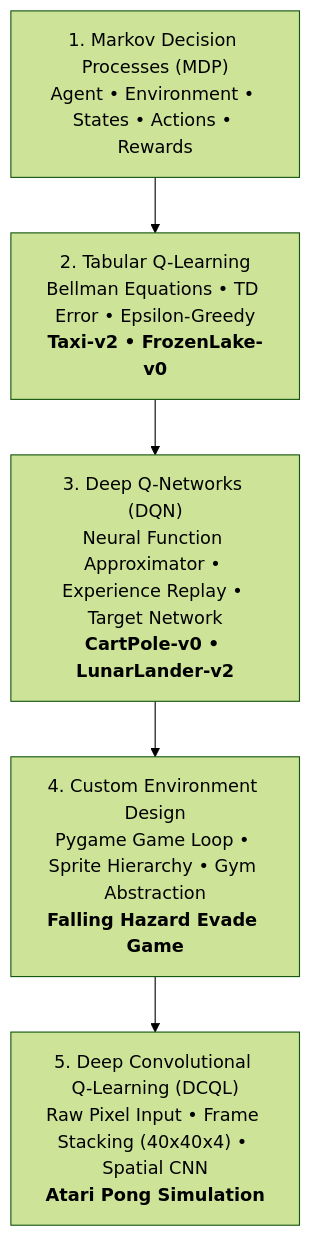
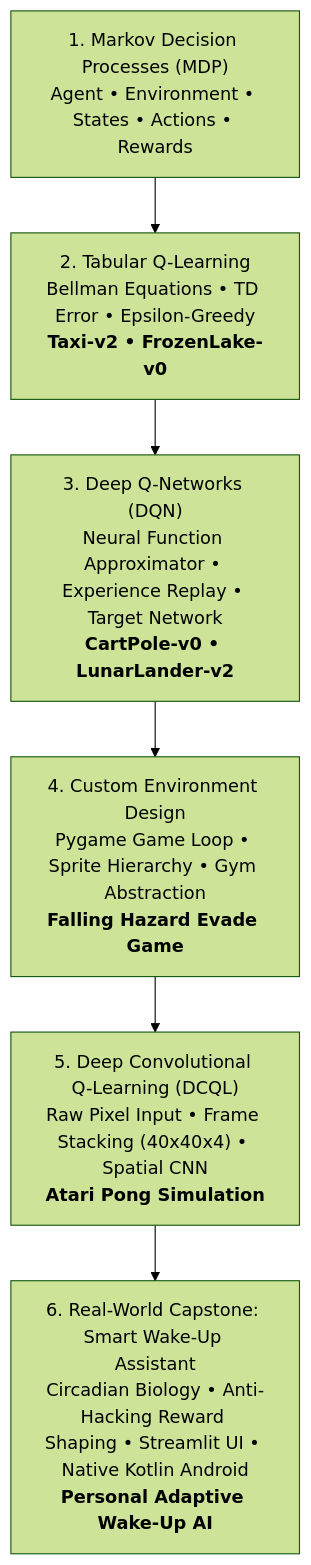
One commit to Rasittekin18/reinforcement-learning-lab changed the diagram in README.md. Above: the diagram before and after it, drawn with Mermaid (forest theme). The commit also changed other lines of this file and 31 other files, not shown here.

Commit message:
feat(capstone): add smart wake-up RL assistant with DQN, Streamlit dashboard and Android Kotlin app

````diff
--- a/README.md
+++ b/README.md
@@ -35,7 +39,8 @@
 ```mermaid
 flowchart TD
     A["1. Markov Decision Processes (MDP)<br/>Agent &bull; Environment &bull; States &bull; Actions &bull; Rewards"] --> B["2. Tabular Q-Learning<br/>Bellman Equations &bull; TD Error &bull; Epsilon-Greedy<br/><b>Taxi-v2 &bull; FrozenLake-v0</b>"]
     B --> C["3. Deep Q-Networks (DQN)<br/>Neural Function Approximator &bull; Experience Replay &bull; Target Network<br/><b>CartPole-v0 &bull; LunarLander-v2</b>"]
     C --> D["4. Custom Environment Design<br/>Pygame Game Loop &bull; Sprite Hierarchy &bull; Gym Abstraction<br/><b>Falling Hazard Evade Game</b>"]
     D --> E["5. Deep Convolutional Q-Learning (DCQL)<br/>Raw Pixel Input &bull; Frame Stacking (40x40x4) &bull; Spatial CNN<br/><b>Atari Pong Simulation</b>"]
+    E --> F["6. Real-World Capstone: Smart Wake-Up Assistant<br/>Circadian Biology &bull; Anti-Hacking Reward Shaping &bull; Streamlit UI &bull; Native Kotlin Android<br/><b>Personal Adaptive Wake-Up AI</b>"]
 ```
````
